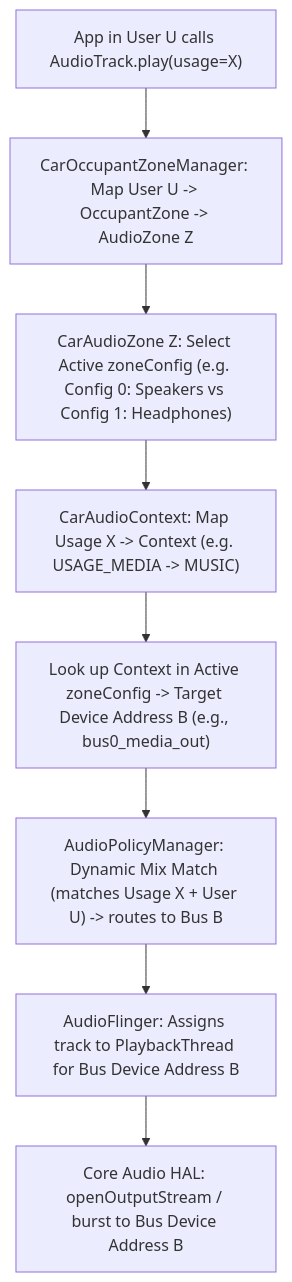
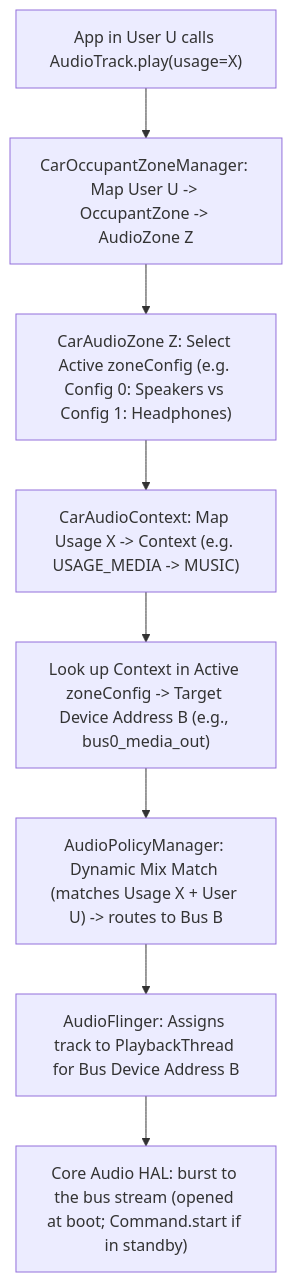
Before and after one commit to developer-swetabh/AndroidAudioProf: the diagram in portal/public/curriculum/13-aaos-zones-volume-groups-and-routing.md, drawn with Mermaid. The commit also changed other lines of this file and 81 other files, not shown here.

````diff
--- a/portal/public/curriculum/13-aaos-zones-volume-groups-and-routing.md
+++ b/portal/public/curriculum/13-aaos-zones-volume-groups-and-routing.md
@@ -104,10 +141,10 @@
 ```mermaid
 flowchart TD
     AppPlay["App in User U calls AudioTrack.play(usage=X)"] --> UserMap["CarOccupantZoneManager: Map User U -> OccupantZone -> AudioZone Z"]
     UserMap --> ConfigPick["CarAudioZone Z: Select Active zoneConfig (e.g. Config 0: Speakers vs Config 1: Headphones)"]
     ConfigPick --> ContextMap["CarAudioContext: Map Usage X -> Context (e.g. USAGE_MEDIA -> MUSIC)"]
     ContextMap --> BusAddress["Look up Context in Active zoneConfig -> Target Device Address B (e.g., bus0_media_out)"]
     BusAddress --> DynamicMix["AudioPolicyManager: Dynamic Mix Match (matches Usage X + User U) -> routes to Bus B"]
     DynamicMix --> AFThread["AudioFlinger: Assigns track to PlaybackThread for Bus Device Address B"]
-    AFThread --> HALStream["Core Audio HAL: openOutputStream / burst to Bus Device Address B"]
+    AFThread --> HALStream["Core Audio HAL: burst to the bus stream (opened at boot; Command.start if in standby)"]
 ```
````
